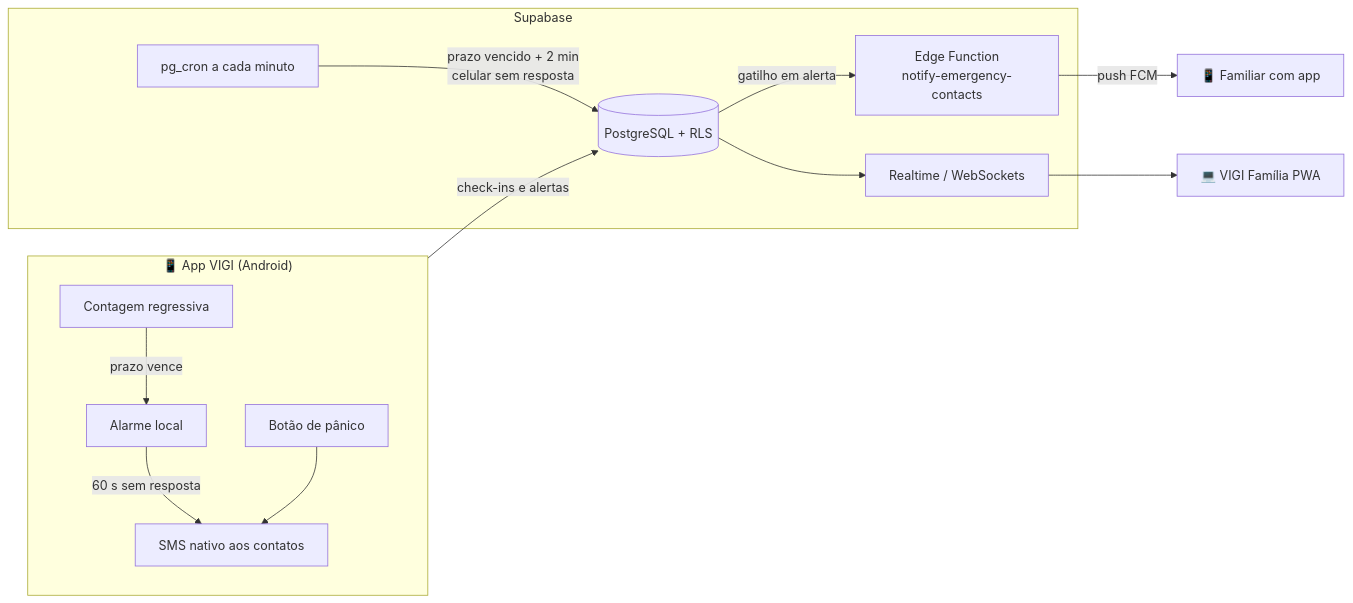
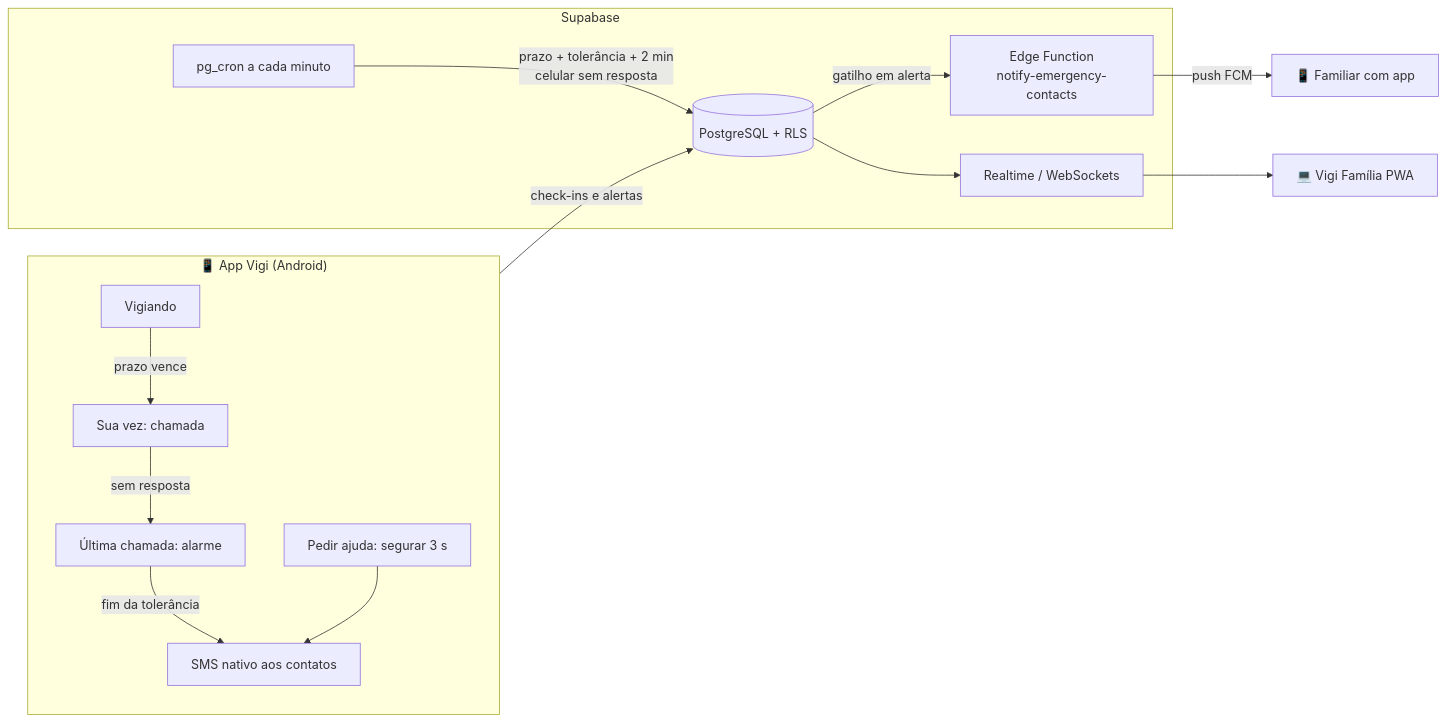
Before and after one commit to geffinh0/vigi: the diagram in README.md, drawn with Mermaid. The commit also changed other lines of this file and 33 other files, not shown here.

````diff
--- a/README.md
+++ b/README.md
@@ -36,19 +38,20 @@
 ```mermaid
 flowchart LR
-    subgraph Idoso["📱 App VIGI (Android)"]
-        T[Contagem regressiva] -->|prazo vence| A[Alarme local]
-        A -->|60 s sem resposta| SMS[SMS nativo aos contatos]
-        P[Botão de pânico] --> SMS
+    subgraph Idoso["📱 App Vigi (Android)"]
+        T[Vigiando] -->|prazo vence| A[Sua vez: chamada]
+        A -->|sem resposta| U[Última chamada: alarme]
+        U -->|fim da tolerância| SMS[SMS nativo aos contatos]
+        P[Pedir ajuda: segurar 3 s] --> SMS
     end
     subgraph Supabase
         DB[(PostgreSQL + RLS)]
         CRON[pg_cron a cada minuto]
         EF[Edge Function<br/>notify-emergency-contacts]
         RT[Realtime / WebSockets]
     end
     Idoso -->|check-ins e alertas| DB
-    CRON -->|prazo vencido + 2 min<br/>celular sem resposta| DB
+    CRON -->|prazo + tolerância + 2 min<br/>celular sem resposta| DB
     DB -->|gatilho em alerta| EF
     EF -->|push FCM| FAM1[📱 Familiar com app]
-    DB --> RT --> FAM2[💻 VIGI Família PWA]
+    DB --> RT --> FAM2[💻 Vigi Família PWA]
 ```
````
